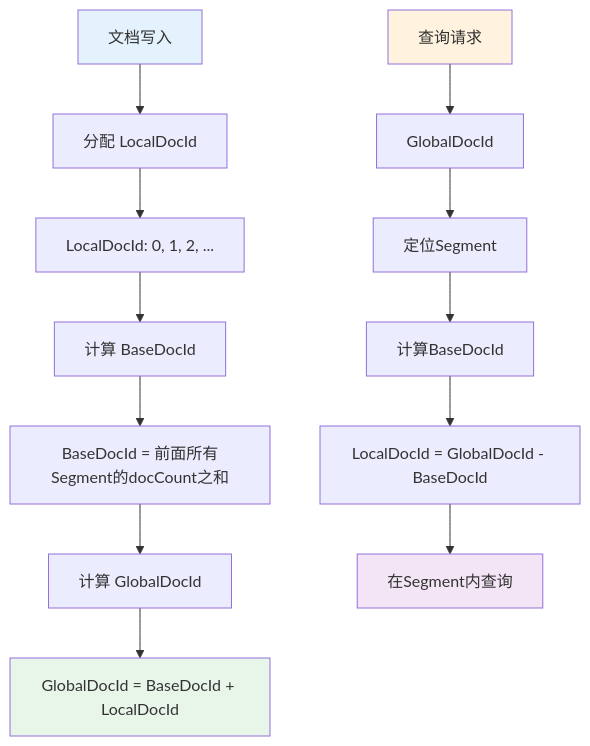
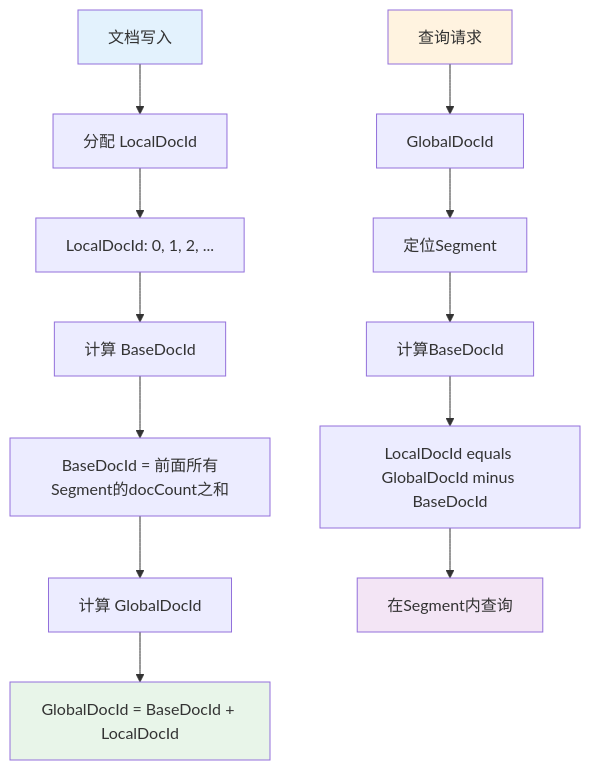
One commit to zhouzhilong-commits/zhouzhilong-commits.github.io changed the fourth of 10 diagrams in _posts/2025-05-19-indexlib-2-tablet-segment.md. Above: the diagram before and after it, drawn with Mermaid. The commit also changed other lines of this file and 228 other files, not shown here.

````diff
--- a/_posts/2025-05-19-indexlib-2-tablet-segment.md
+++ b/_posts/2025-05-19-indexlib-2-tablet-segment.md
@@ -280,20 +280,20 @@
 ```mermaid
 graph TD
     A[文档写入] --> B[分配 LocalDocId]
     B --> C[LocalDocId: 0, 1, 2, ...]
     C --> D[计算 BaseDocId]
     D --> E[BaseDocId = 前面所有Segment的docCount之和]
     E --> F[计算 GlobalDocId]
     F --> G[GlobalDocId = BaseDocId + LocalDocId]
     
     H[查询请求] --> I[GlobalDocId]
     I --> J[定位Segment]
     J --> K[计算BaseDocId]
-    K --> L[LocalDocId = GlobalDocId - BaseDocId]
+    K --> L["LocalDocId equals GlobalDocId minus BaseDocId"]
     L --> M[在Segment内查询]
     
     style A fill:#e3f2fd
     style H fill:#fff3e0
     style G fill:#e8f5e9
     style M fill:#f3e5f5
 ```
````
